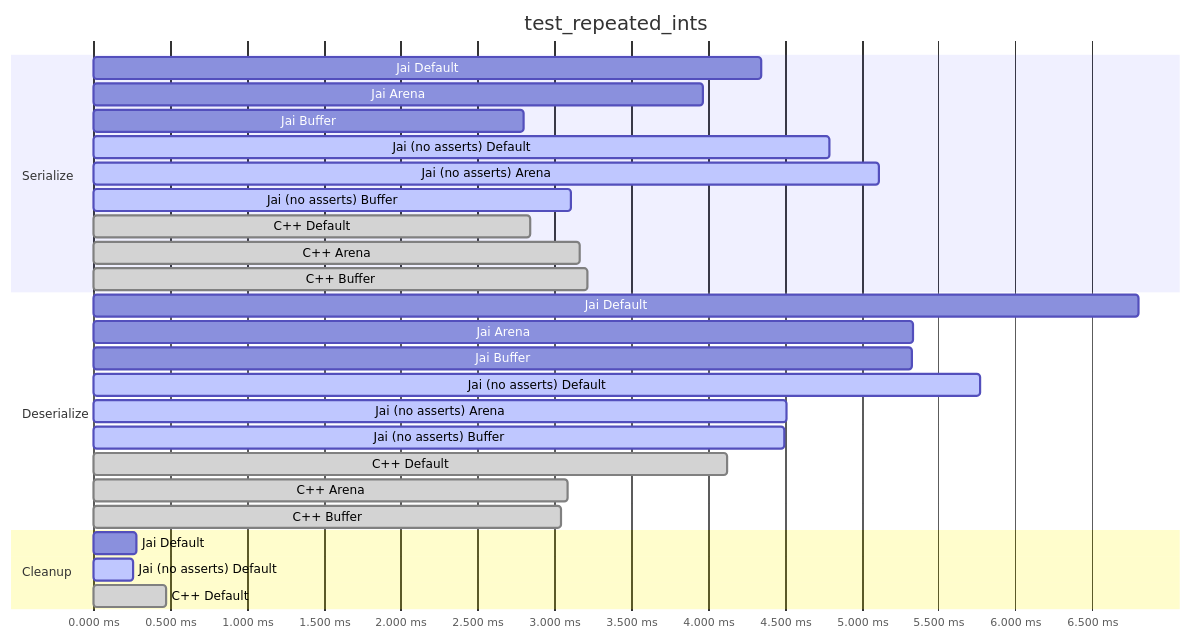
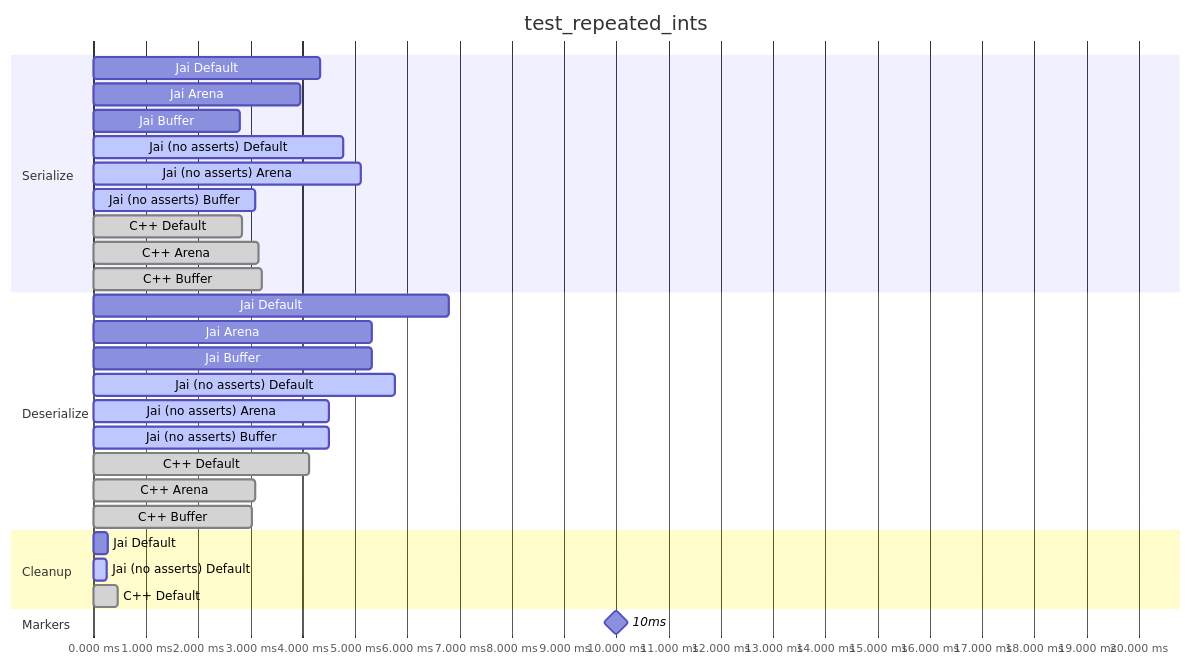
One commit to segcore/jai-protobuf-timings changed the first of 7 diagrams in README.md. Above: the diagram before and after it, drawn with Mermaid. The commit also changed other lines of this file and 1 other file, not shown here.

Commit message:
Add markers at 10ms for scale

````diff
--- a/README.md
+++ b/README.md
@@ -16,30 +16,32 @@
 ```mermaid
 gantt
     title test_repeated_ints
     dateFormat x
     axisFormat %s.%L ms
     section Serialize
         Jai Default : 0, 4.34315s
         Jai Arena : 0, 3.964517s
         Jai Buffer : 0, 2.798507s
         Jai (no asserts) Default :active, 0, 4.787348s
         Jai (no asserts) Arena :active, 0, 5.111928s
         Jai (no asserts) Buffer :active, 0, 3.105268s
         C++ Default :done, 0, 2.844878s
         C++ Arena :done, 0, 3.166098s
         C++ Buffer :done, 0, 3.21486s
     section Deserialize
         Jai Default : 0, 6.800913s
         Jai Arena : 0, 5.333118s
         Jai Buffer : 0, 5.32909s
         Jai (no asserts) Default :active, 0, 5.770382s
         Jai (no asserts) Arena :active, 0, 4.510551s
         Jai (no asserts) Buffer :active, 0, 4.498309s
         C++ Default :done, 0, 4.126291s
         C++ Arena :done, 0, 3.086156s
         C++ Buffer :done, 0, 3.042525s
     section Cleanup
         Jai Default : 0, 0.280529s
         Jai (no asserts) Default :active, 0, 0.257511s
         C++ Default :done, 0, 0.470621s
+    section Markers
+        10ms : milestone, m1, 0, 20s
 ```
````
